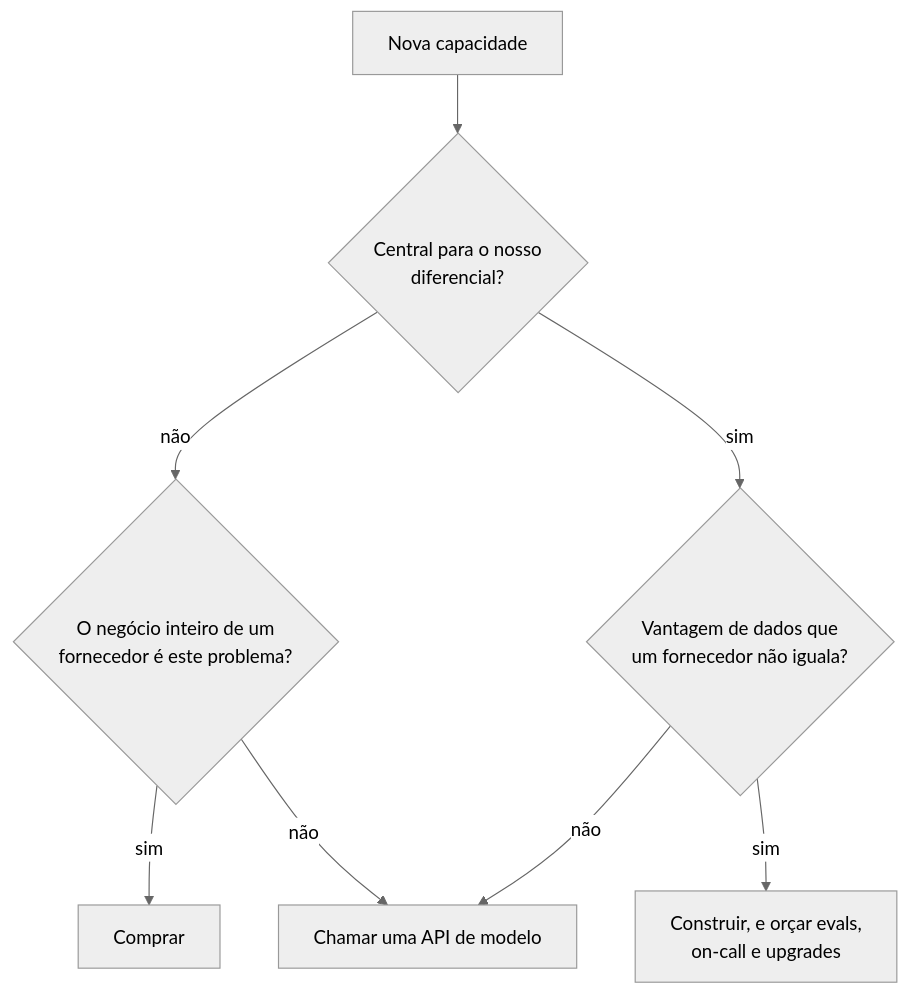
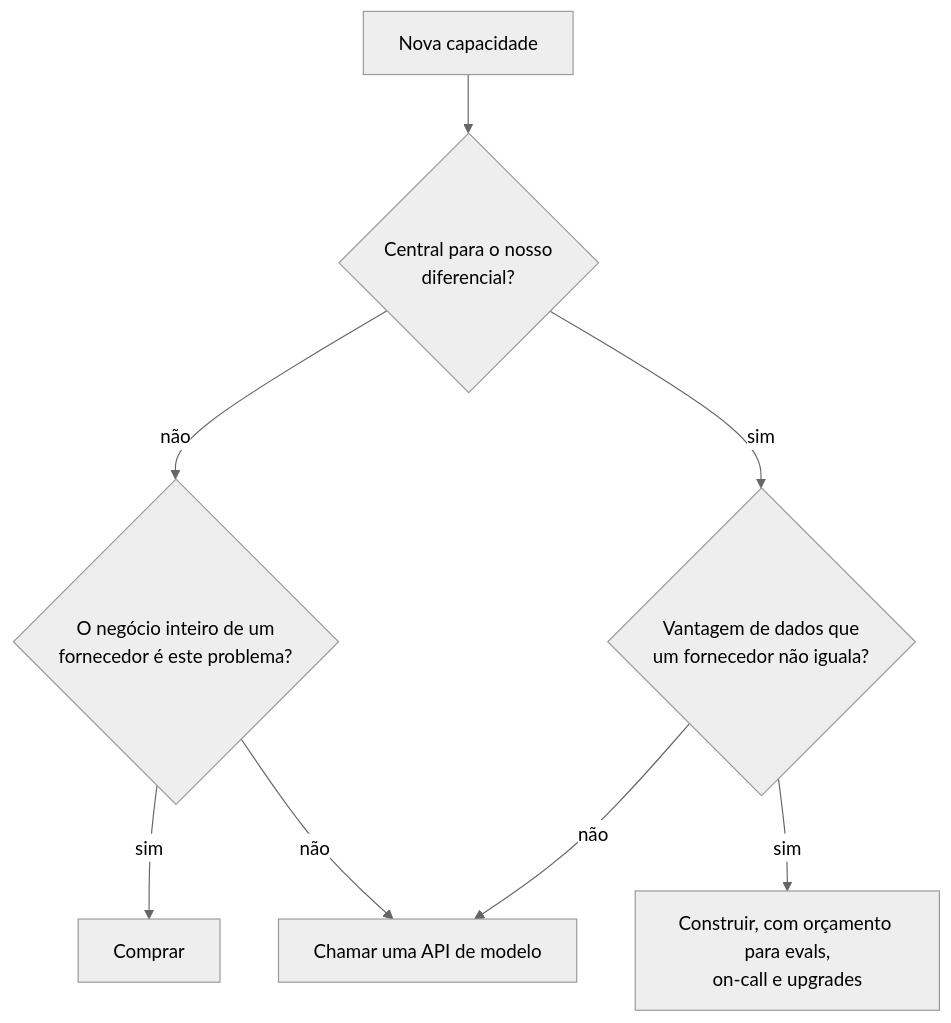
The second of 13 diagrams in 13-interview-process-and-behavioral/questions.pt-BR.md (andrevberaldo/AI-Engineer-Interview-Questions), drawn with Mermaid (neutral theme) before and after one commit. The commit also changed other lines of this file and 1 other file, not shown here.

````diff
--- a/13-interview-process-and-behavioral/questions.pt-BR.md
+++ b/13-interview-process-and-behavioral/questions.pt-BR.md
@@ -267,10 +267,10 @@
 ```mermaid
 flowchart TD
     A["Nova capacidade"] --> B{"Central para o nosso<br/>diferencial?"}
     B -->|"não"| C{"O negócio inteiro de um<br/>fornecedor é este problema?"}
     C -->|"sim"| D["Comprar"]
     C -->|"não"| E["Chamar uma API de modelo"]
     B -->|"sim"| F{"Vantagem de dados que<br/>um fornecedor não iguala?"}
     F -->|"não"| E
-    F -->|"sim"| G["Construir, e orçar evals,<br/>on-call e upgrades"]
+    F -->|"sim"| G["Construir, com orçamento para evals,<br/>on-call e upgrades"]
 ```
````
